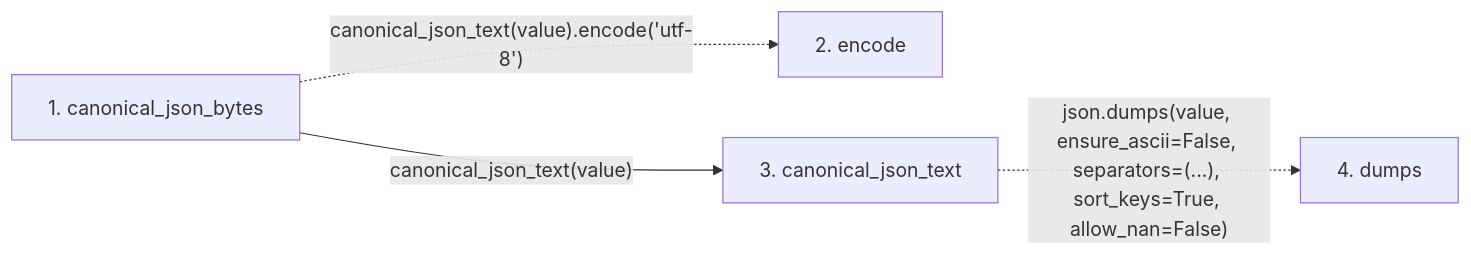
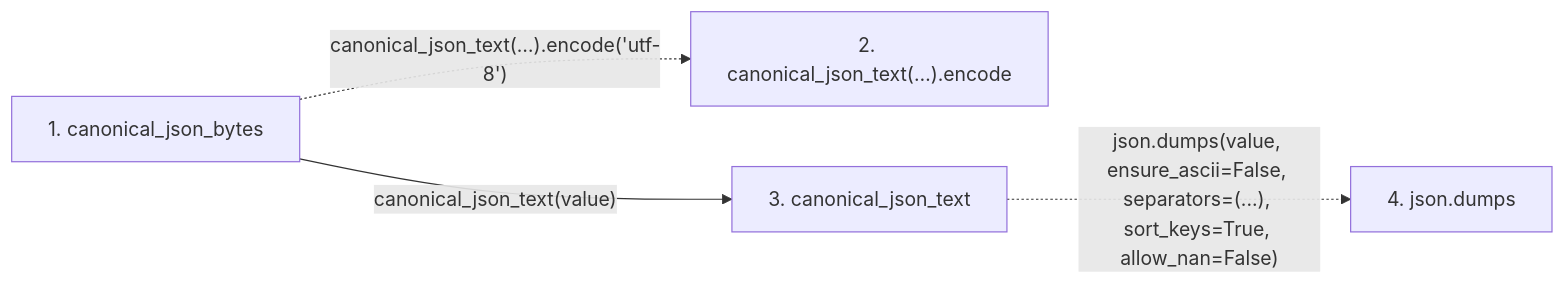
The second of 2 diagrams in docs/llm_wiki/flows/api-canonical_json_bytes-knowledge_evidence.md (Denissvgn/python-wiki-llm), drawn with Mermaid before and after one commit. The commit also changed other lines of this file and 719 other files, not shown here.

````diff
--- a/docs/llm_wiki/flows/api-canonical_json_bytes-knowledge_evidence.md
+++ b/docs/llm_wiki/flows/api-canonical_json_bytes-knowledge_evidence.md
@@ -24,12 +24,12 @@
 ```mermaid
 flowchart LR
     s1["1. canonical_json_bytes"]
-    s2["2. encode"]
+    s2["2. canonical_json_text(…).encode"]
     s3["3. canonical_json_text"]
-    s4["4. dumps"]
-    s1 -. "canonical_json_text(value).encode('utf-8')" .-> s2
+    s4["4. json.dumps"]
+    s1 -. "canonical_json_text(…).encode('utf-8')" .-> s2
     s1 -->|"canonical_json_text(value)"| s3
     s3 -. "json.dumps(value, ensure_ascii=False, separators=(...), sort_keys=True, allow_nan=False)" .-> s4
     click s1 "../modules/knowledge_evidence.md"
     click s3 "../modules/knowledge_evidence.md"
 ```
````
